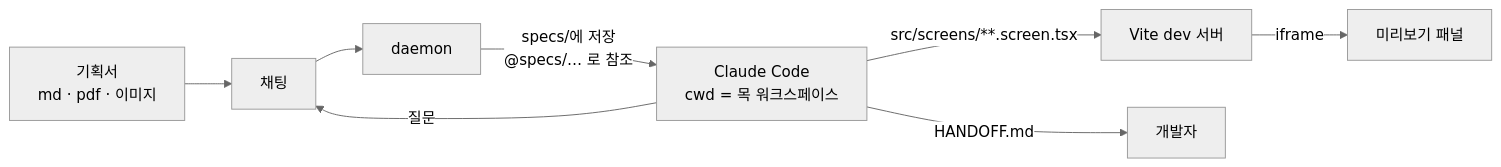
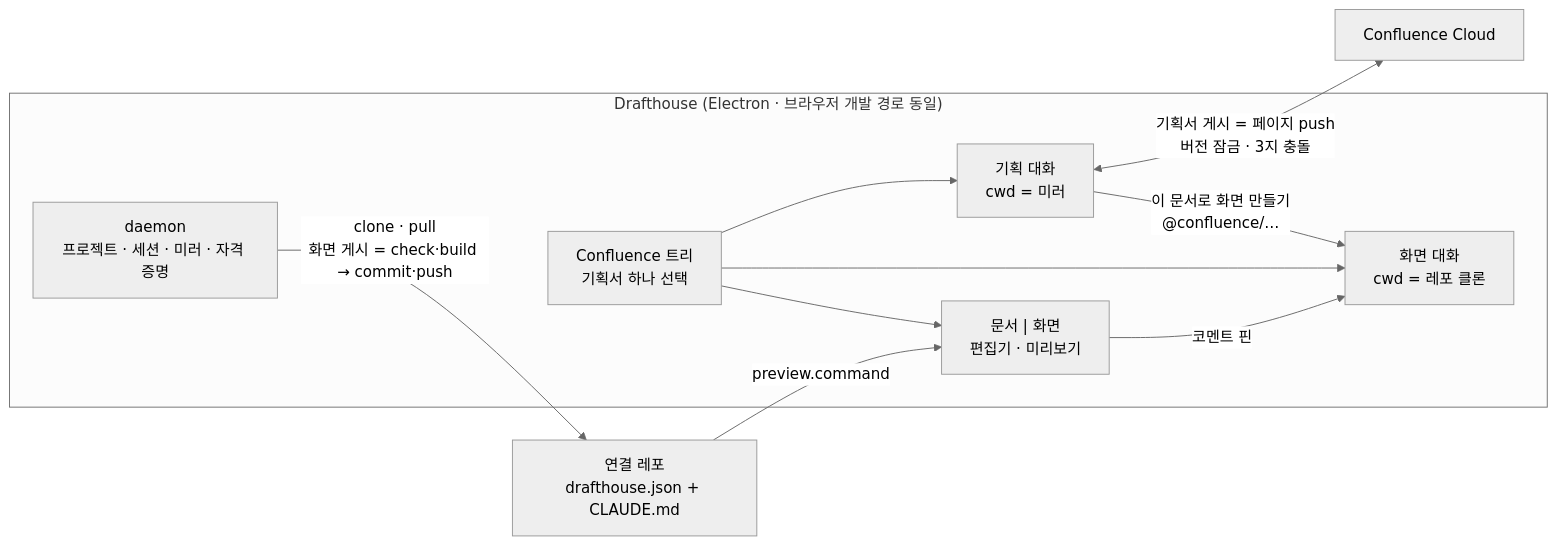
Before and after one commit to inkwonjung-colosseum/cds-design: the diagram in README.md, drawn with Mermaid (neutral theme). The commit also changed other lines of this file and 156 other files, not shown here.

First line of the commit message:
Drafthouse: 페이지 축 셸 · 프로젝트 · 개발자 핸드오프 (PLAN M1–M5)

````diff
--- a/README.md
+++ b/README.md
@@ -31,10 +137,20 @@
 ```mermaid
 flowchart LR
-    spec["기획서<br/>md · pdf · 이미지"] --> chat["채팅"]
-    chat --> daemon["daemon"]
-    daemon -->|"specs/에 저장<br/>@specs/… 로 참조"| claude["Claude Code<br/>cwd = 목 워크스페이스"]
-    claude -->|"질문"| chat
-    claude -->|"src/screens/**.screen.tsx"| vite["Vite dev 서버"]
-    vite -->|"iframe"| preview["미리보기 패널"]
-    claude -->|"HANDOFF.md"| dev["개발자"]
+    subgraph app["Drafthouse (Electron · 브라우저 개발 경로 동일)"]
+        tree["Confluence 트리<br/>기획서 하나 선택"]
+        plan["기획 대화<br/>cwd = 미러"]
+        design["화면 대화<br/>cwd = 레포 클론"]
+        seg["문서 | 화면<br/>편집기 · 미리보기"]
+        daemon["daemon<br/>프로젝트 · 세션 · 미러 · 자격 증명"]
+    end
+    repo["연결 레포<br/>drafthouse.json + CLAUDE.md"]
+    conf["Confluence Cloud"]
+    tree --> plan
+    tree --> design
+    tree --> seg
+    plan <-->|"기획서 게시 = 페이지 push<br/>버전 잠금 · 3지 충돌"| conf
+    plan -->|"이 문서로 화면 만들기<br/>@confluence/…"| design
+    daemon -->|"clone · pull<br/>화면 게시 = check·build → commit·push"| repo
+    repo -->|"preview.command"| seg
+    seg -->|"코멘트 핀"| design
 ```
````
